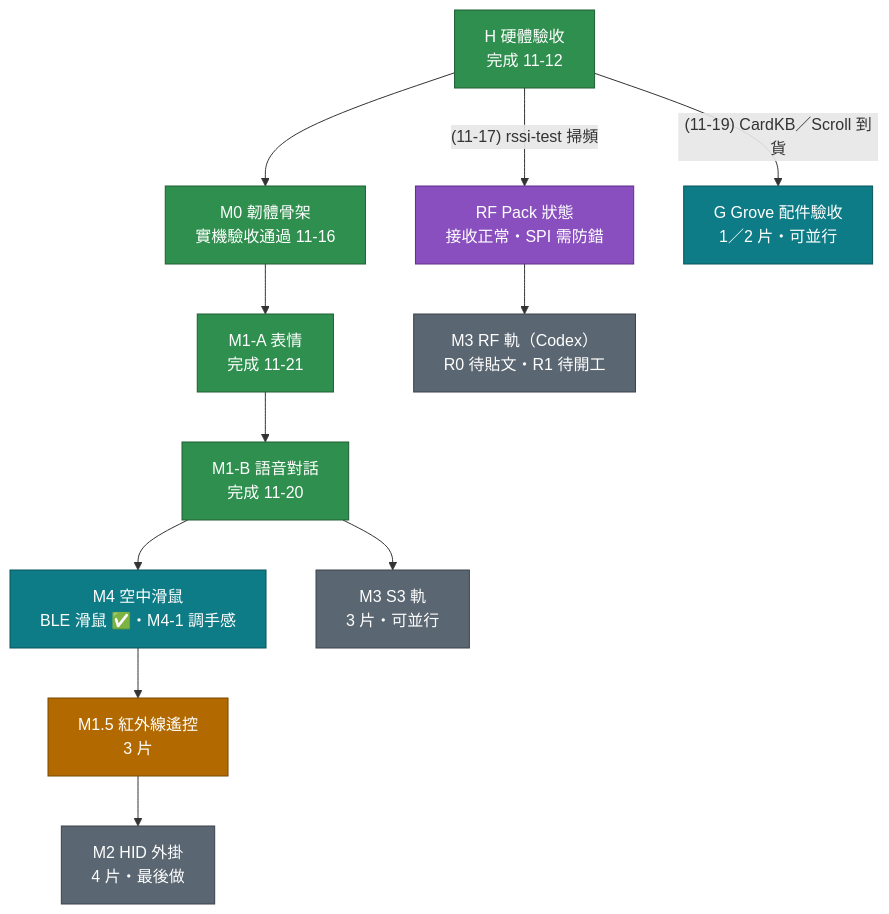
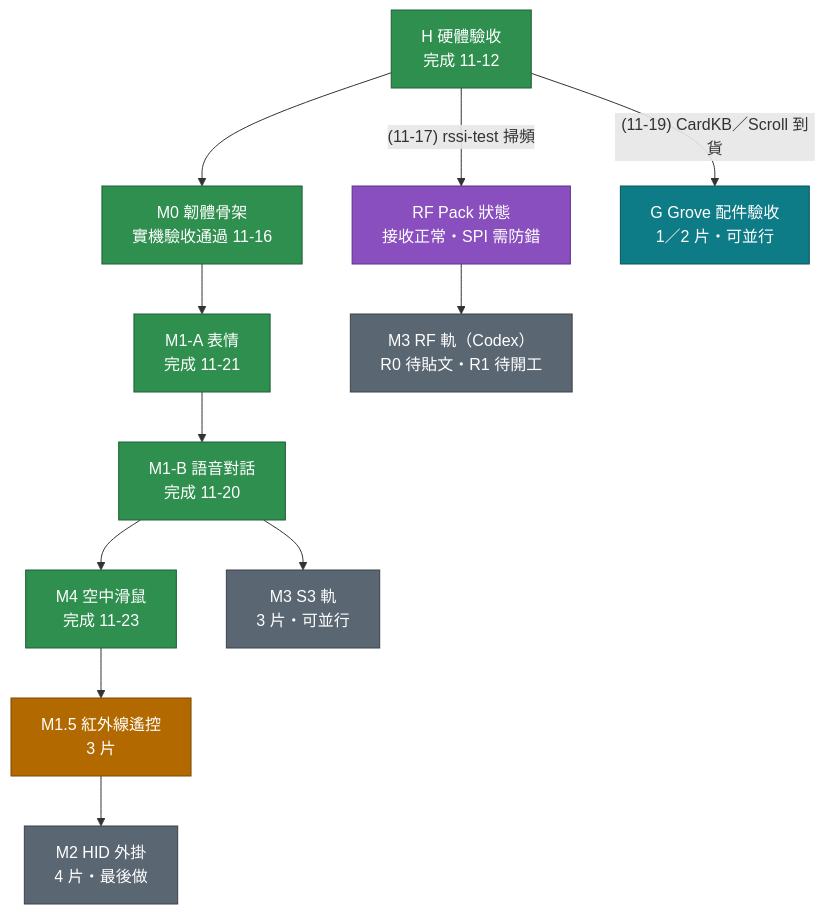
One commit to MilesYP/m5sticks3 changed the first of 2 diagrams in docs/StickS3 執行計劃.md. Above: the diagram before and after it, drawn with Mermaid. The commit also changed other lines of this file and 40 other files, not shown here.

````diff
--- a/docs/StickS3 執行計劃.md
+++ b/docs/StickS3 執行計劃.md
@@ -31,31 +33,30 @@
 ```mermaid
 flowchart TD
     H["H 硬體驗收<br>完成 11-12"]
     M0["M0 韌體骨架<br>實機驗收通過 11-16"]
     M1A["M1-A 表情<br>完成 11-21"]
     M1B["M1-B 語音對話<br>完成 11-20"]
     M15["M1.5 紅外線遙控<br>3 片"]
-    M4["M4 空中滑鼠<br>BLE 滑鼠 ✅・M4-1 調手感"]
+    M4["M4 空中滑鼠<br>完成 11-23"]
     M2["M2 HID 外掛<br>4 片・最後做"]
     M3S["M3 S3 軌<br>3 片・可並行"]
     M3R["M3 RF 軌（Codex）<br>R0 待貼文・R1 待開工"]
     RS["RF Pack 狀態<br>接收正常・SPI 需防錯"]
     G["G Grove 配件驗收<br>1／2 片・可並行"]
 
     H --> M0 --> M1A --> M1B --> M4 --> M15 --> M2
     M1B --> M3S
     H -->|"(11-17) rssi-test 掃頻"| RS --> M3R
     H -->|"(11-19) CardKB／Scroll 到貨"| G
 
     classDef done fill:#2f8f4e,color:#ffffff,stroke:#1d5e33
     classDef doing fill:#0e7c86,color:#ffffff,stroke:#08545b
     classDef next fill:#b26a00,color:#ffffff,stroke:#7a4900
     classDef todo fill:#5a6672,color:#ffffff,stroke:#3a434c
     classDef gate fill:#8a4fbf,color:#ffffff,stroke:#5e2f8a
-    class H,M0,M1A,M1B done
-    class M4 doing
+    class H,M0,M1A,M1B,M4 done
     class M15 next
     class G doing
     class M2,M3S,M3R todo
     class RS gate
 ```
````
